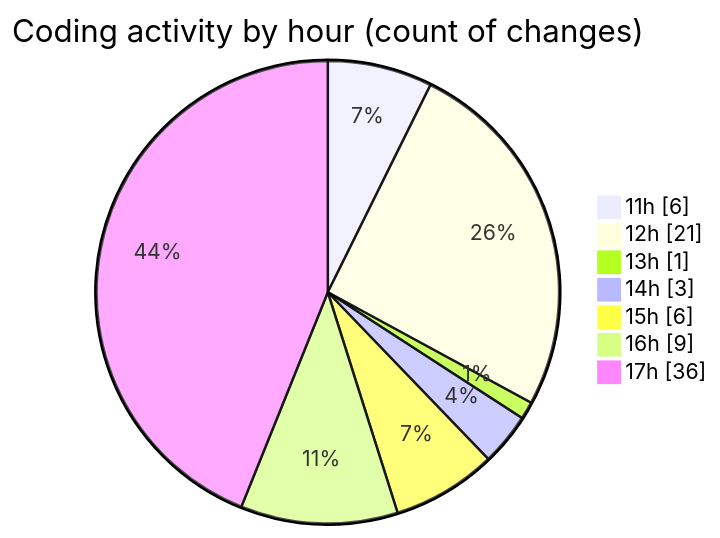
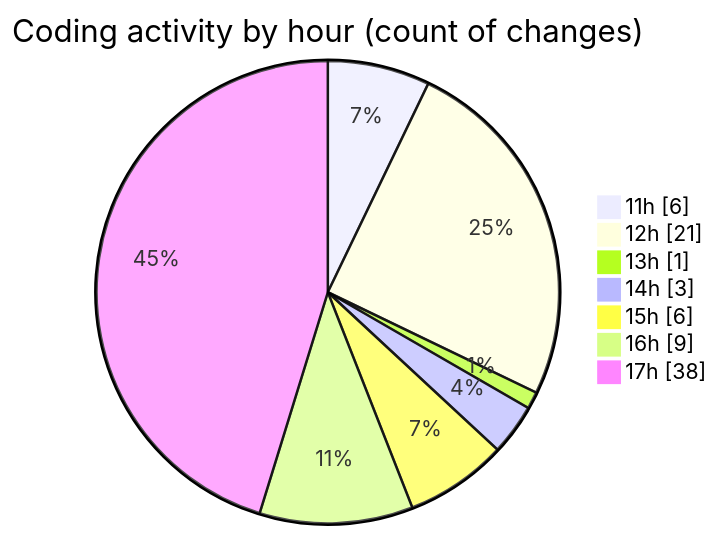
Before and after one commit to nxtqubesakshisongat/code-tracking: the second of 2 diagrams in 2025-04-16/nxtqube_webapp/README.md, drawn with Mermaid. The commit also changed other lines of this file and 1 other file, not shown here.

````diff
--- a/2025-04-16/nxtqube_webapp/README.md
+++ b/2025-04-16/nxtqube_webapp/README.md
@@ -33,11 +33,11 @@
 ```mermaid
 pie showData
 title Coding activity by hour (count of changes)
 "11h" : 6
 "12h" : 21
 "13h" : 1
 "14h" : 3
 "15h" : 6
 "16h" : 9
-"17h" : 36
+"17h" : 38
 ```
````
